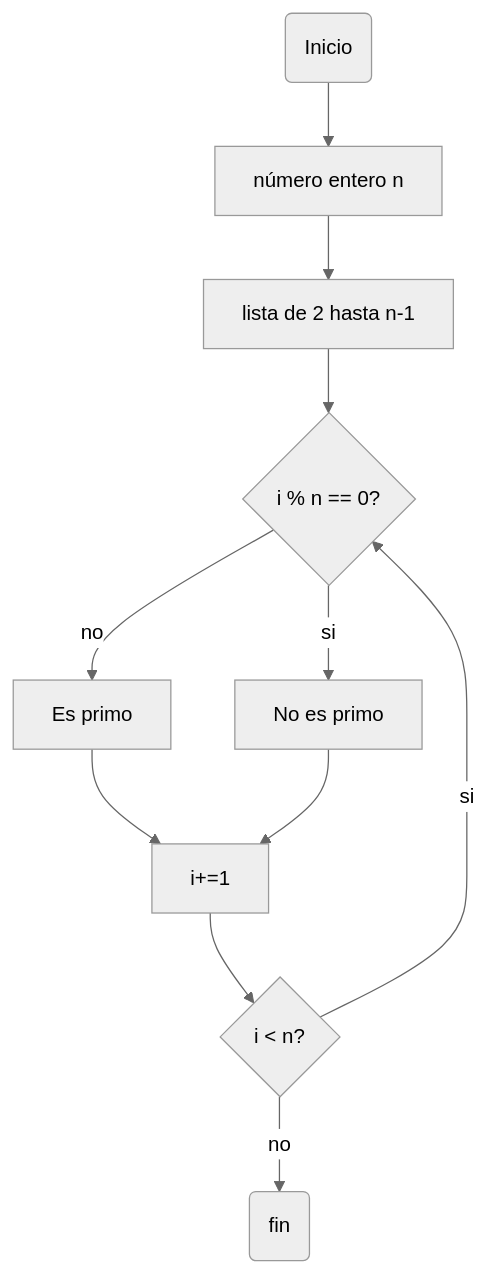
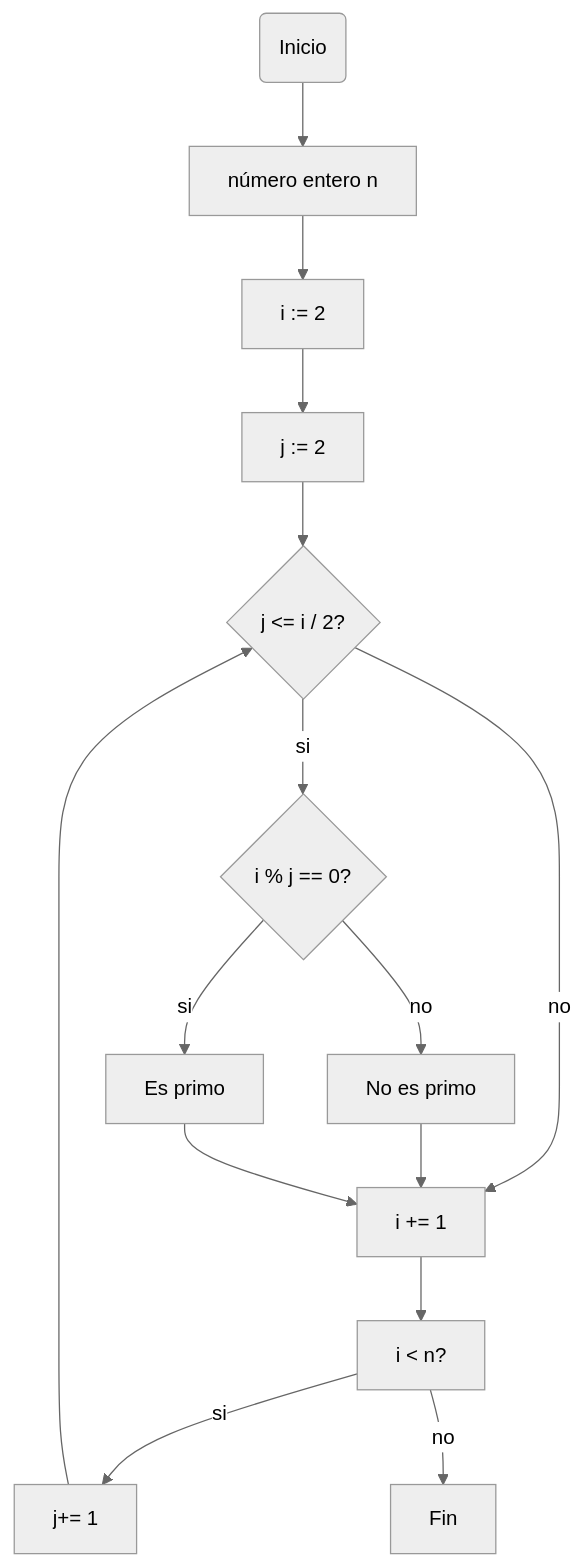
The first of 2 diagrams in README.md (SebastianCespedes12/Repo_2), drawn with Mermaid (neutral theme) before and after one commit. The commit also changed other lines of this file, not shown here.

````diff
--- a/README.md
+++ b/README.md
@@ -22,12 +24,17 @@
 ```mermaid
 flowchart TD
 A(Inicio)-->B[número entero n]
-B-->C[lista de 2 hasta n-1]
-C-->D{i % n == 0?}
-D-->|no|E[Es primo]
-D-->|si|F[No es primo]
-E-->G[i+=1];F-->G
-G-->H{i < n?}
-H-->|si|D
-H-->|no|I(fin)
+B-->C[i := 2]
+C-->D[j := 2]
+D-->E{j <= i / 2?}
+E-->|si|F{i % j == 0?}
+E-->|no|I
+F-->|no|G[No es primo]
+F-->|si|H[Es primo]
+G-->I[i += 1]
+H-->I
+I-->J[i < n?]
+J-->|si|K[j+= 1]
+K-->E
+J-->|no|L[Fin]
 ```
````
